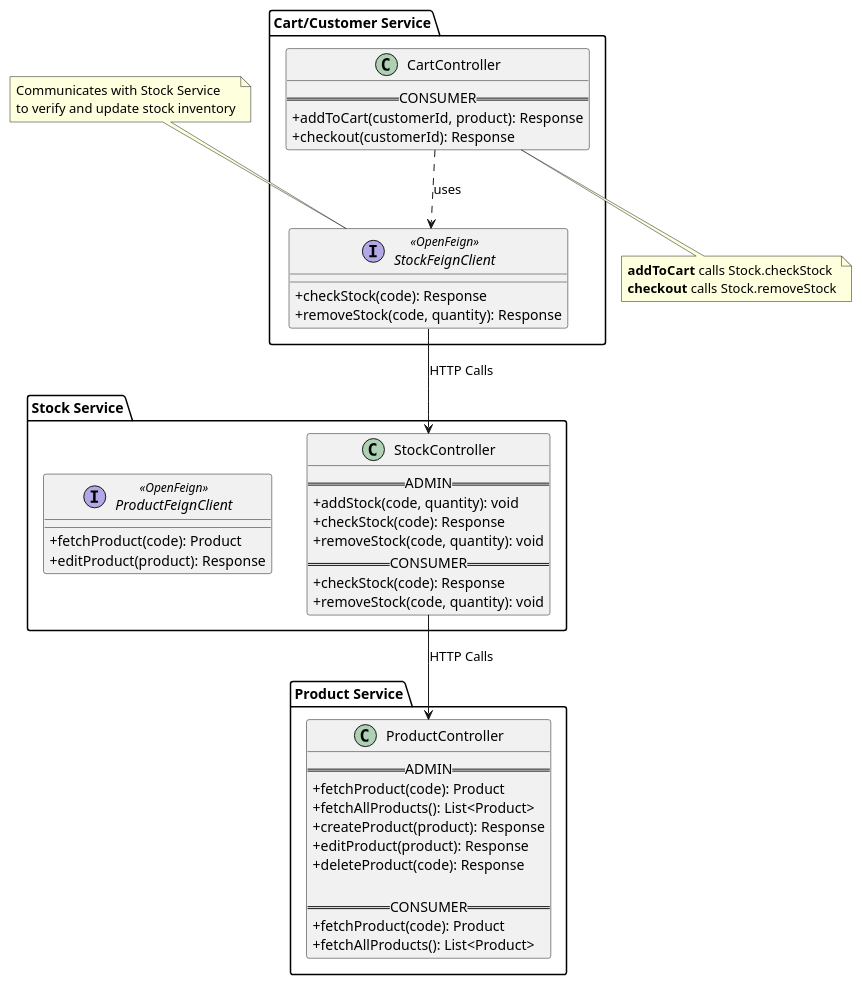
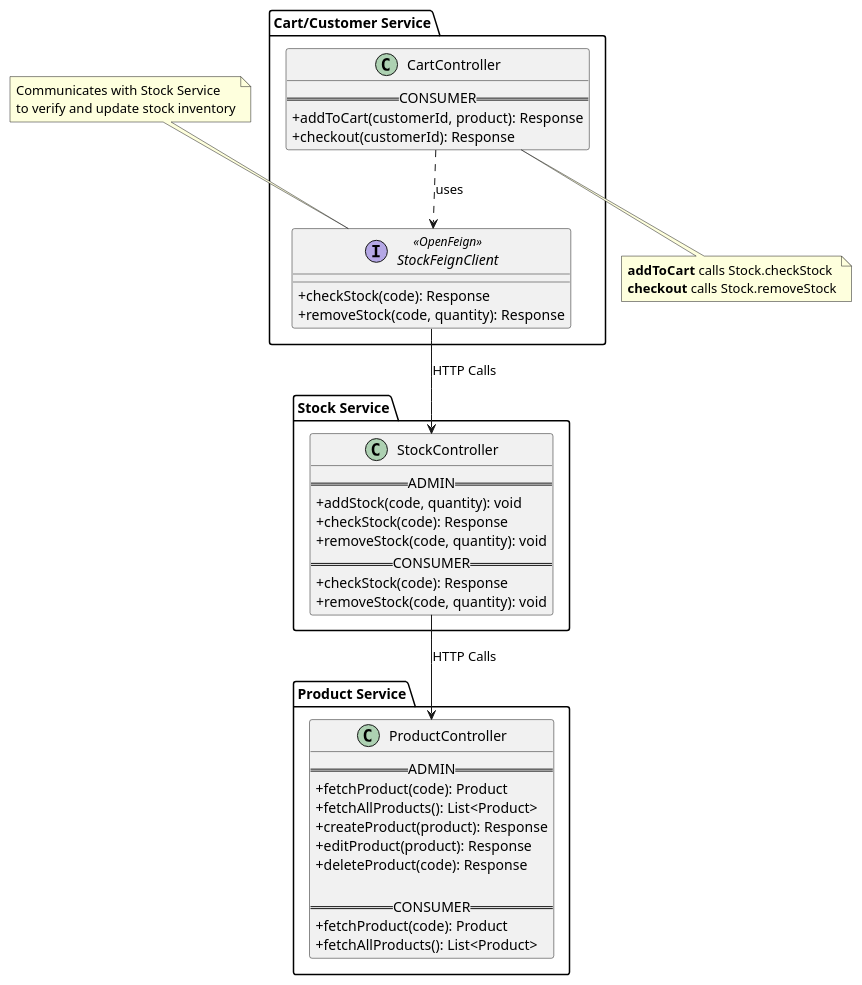
One commit to AliMKCL/SB-Agito changed the diagram in uml/system.puml. Above: the diagram before and after it, drawn with PlantUML. The commit also changed 34 other files, not shown here.

```diff
--- a/uml/system.puml
+++ b/uml/system.puml
@@ -1,65 +1,61 @@
 @startuml
 skinparam classAttributeIconSize 0
 skinparam componentStyle rectangle
 
 package "Product Service" {
     class ProductController {
         == ADMIN ==
         + fetchProduct(code): Product
         + fetchAllProducts(): List<Product>
         + createProduct(product): Response
         + editProduct(product): Response
         + deleteProduct(code): Response
 
         == CONSUMER ==
         + fetchProduct(code): Product
         + fetchAllProducts(): List<Product>
     }
 }
 
 package "Stock Service" {
     class StockController {
         == ADMIN ==
         + addStock(code, quantity): void
         + checkStock(code): Response
         + removeStock(code, quantity): void
         == CONSUMER ==
         + checkStock(code): Response
         + removeStock(code, quantity): void
     }
 
-    interface ProductFeignClient <<OpenFeign>> {
-            + fetchProduct(code): Product
-            + editProduct(product): Response
-        }
 }
 
 package "Cart/Customer Service" {
     class CartController {
         == CONSUMER ==
         + addToCart(customerId, product): Response
         + checkout(customerId): Response
     }
 
     interface StockFeignClient <<OpenFeign>> {
         + checkStock(code): Response
         + removeStock(code, quantity): Response
     }
 }
 
 ' Relations and OpenFeign communications
 CartController ..> StockFeignClient : uses
 StockFeignClient --> StockController : HTTP Calls
 StockController --> ProductController : HTTP Calls
 
 note top of StockFeignClient
   Communicates with Stock Service
   to verify and update stock inventory
 end note
 
 note bottom of CartController
   **addToCart** calls Stock.checkStock
   **checkout** calls Stock.removeStock
 end note
 
 @enduml
```
